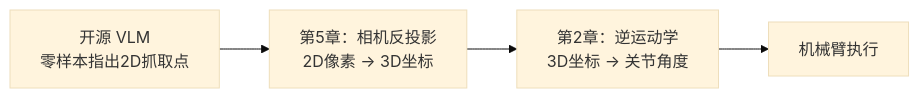
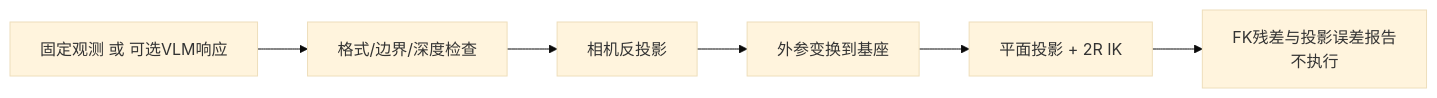
Before and after one commit to AI-learning-simple/Build-Your-Own-LLM: the diagram in 4. 具身智能/7.1 使用开源 VLM 做一次零样本抓取点预测，并转换为机械臂关节角度.md, drawn with Mermaid (base theme). The commit also changed other lines of this file and 88 other files, not shown here.

````diff
--- a/4. 具身智能/7.1 使用开源 VLM 做一次零样本抓取点预测，并转换为机械臂关节角度.md
+++ b/4. 具身智能/7.1 使用开源 VLM 做一次零样本抓取点预测，并转换为机械臂关节角度.md
@@ -132,4 +168,4 @@
 ```mermaid
 flowchart LR
-    A["开源 VLM<br/>零样本指出2D抓取点"] --> B["第5章：相机反投影<br/>2D像素 → 3D坐标"] --> C["第2章：逆运动学<br/>3D坐标 → 关节角度"] --> D["机械臂执行"]
+    A["固定观测 或 可选VLM响应"] --> B["格式/边界/深度检查"] --> C["相机反投影"] --> D["外参变换到基座"] --> E["平面投影 + 2R IK"] --> F["FK残差与投影误差报告<br/>不执行"]
 ```
````
